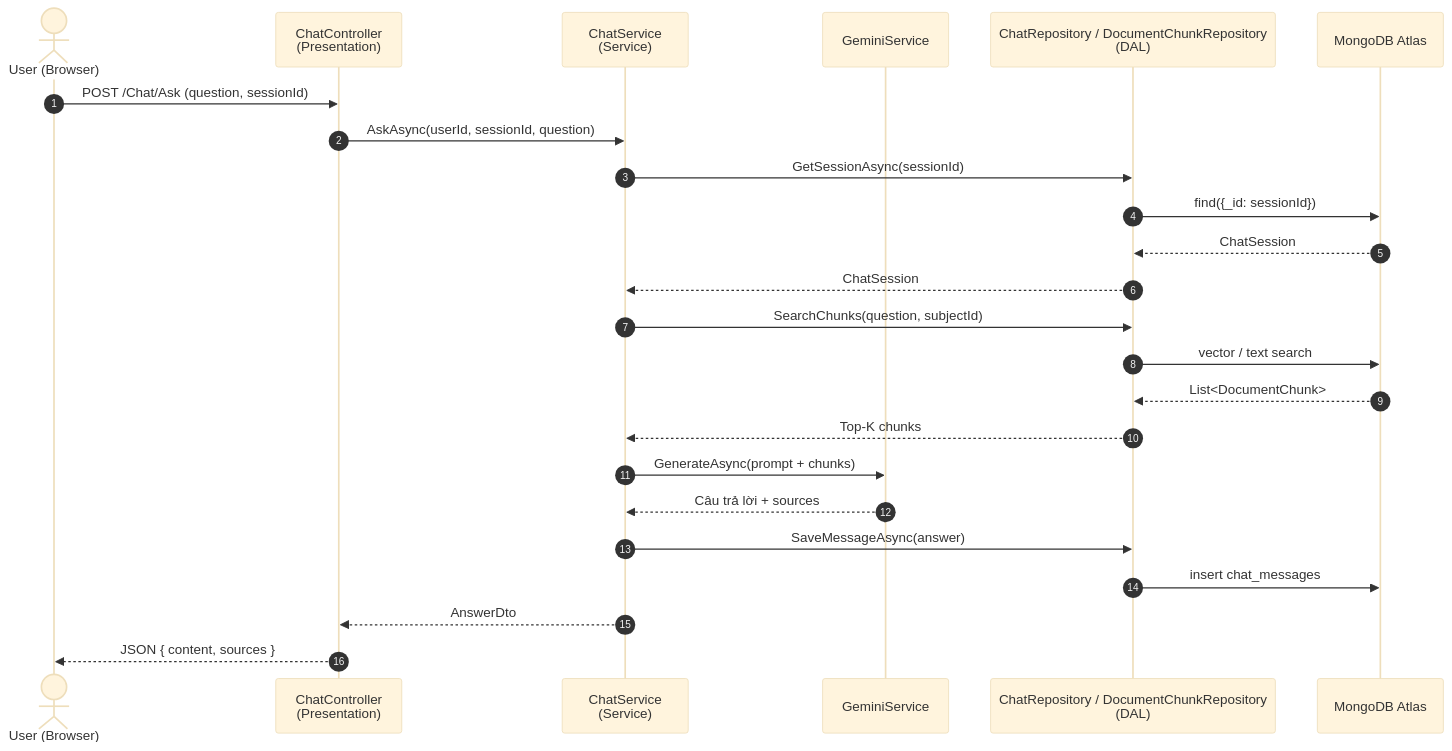
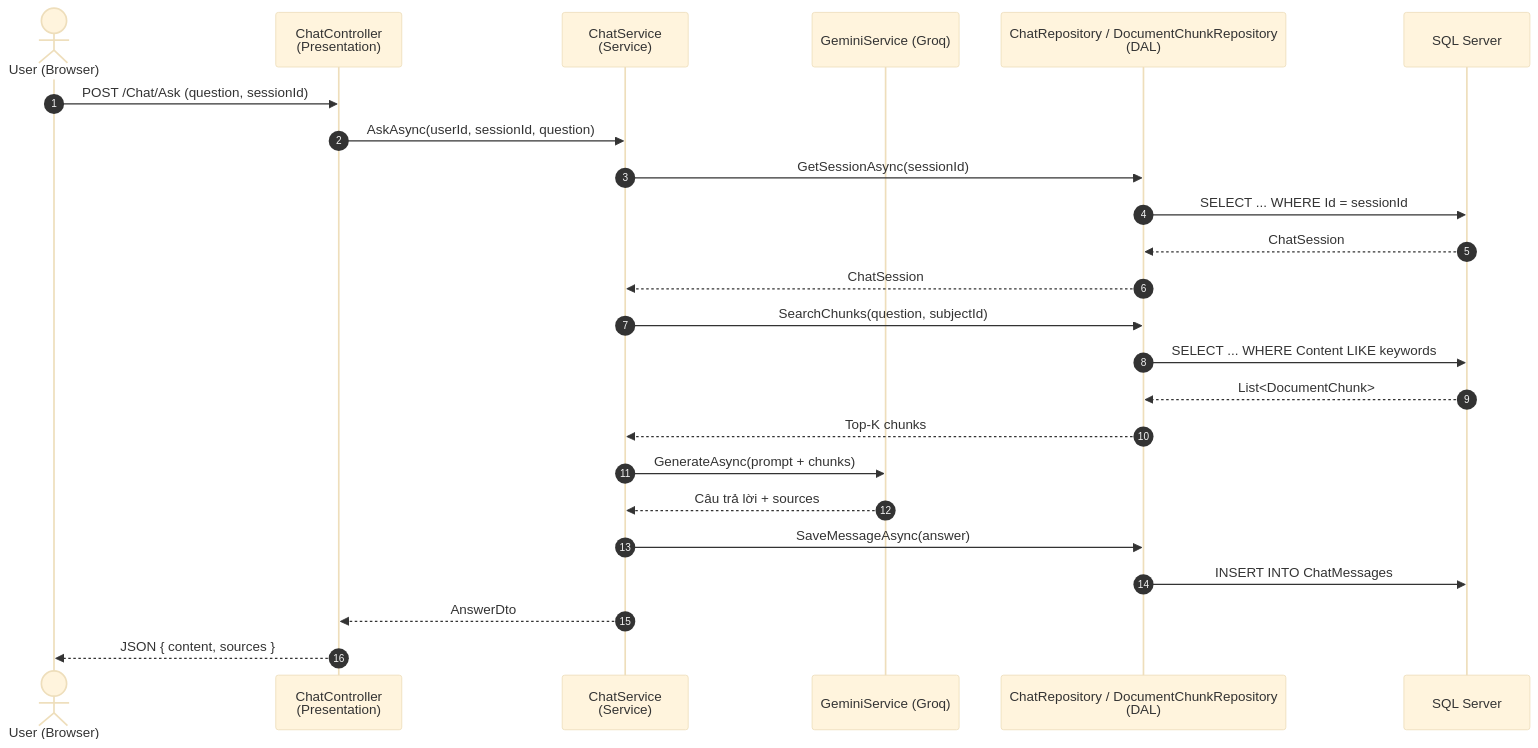
One commit to Megalit2578/ChatBotPRN222 changed the second of 2 diagrams in docs/architecture.md. Above: the diagram before and after it, drawn with Mermaid (base theme). The commit also changed other lines of this file and 9 other files, not shown here.

Commit message:
feat: implement core chatbot infrastructure including layout, Gemini service, document chunk repository, and initial views

````diff
--- a/docs/architecture.md
+++ b/docs/architecture.md
@@ -71,27 +71,27 @@
 ```mermaid
 sequenceDiagram
     autonumber
     actor U as User (Browser)
     participant C as ChatController<br/>(Presentation)
     participant S as ChatService<br/>(Service)
-    participant G as GeminiService
+    participant G as GeminiService (Groq)
     participant R as ChatRepository / DocumentChunkRepository<br/>(DAL)
-    participant DB as MongoDB Atlas
+    participant DB as SQL Server
 
     U->>C: POST /Chat/Ask (question, sessionId)
     C->>S: AskAsync(userId, sessionId, question)
     S->>R: GetSessionAsync(sessionId)
-    R->>DB: find({_id: sessionId})
+    R->>DB: SELECT ... WHERE Id = sessionId
     DB-->>R: ChatSession
     R-->>S: ChatSession
     S->>R: SearchChunks(question, subjectId)
-    R->>DB: vector / text search
+    R->>DB: SELECT ... WHERE Content LIKE keywords
     DB-->>R: List<DocumentChunk>
     R-->>S: Top-K chunks
     S->>G: GenerateAsync(prompt + chunks)
     G-->>S: Câu trả lời + sources
     S->>R: SaveMessageAsync(answer)
-    R->>DB: insert chat_messages
+    R->>DB: INSERT INTO ChatMessages
     S-->>C: AnswerDto
     C-->>U: JSON { content, sources }
 ```
````
